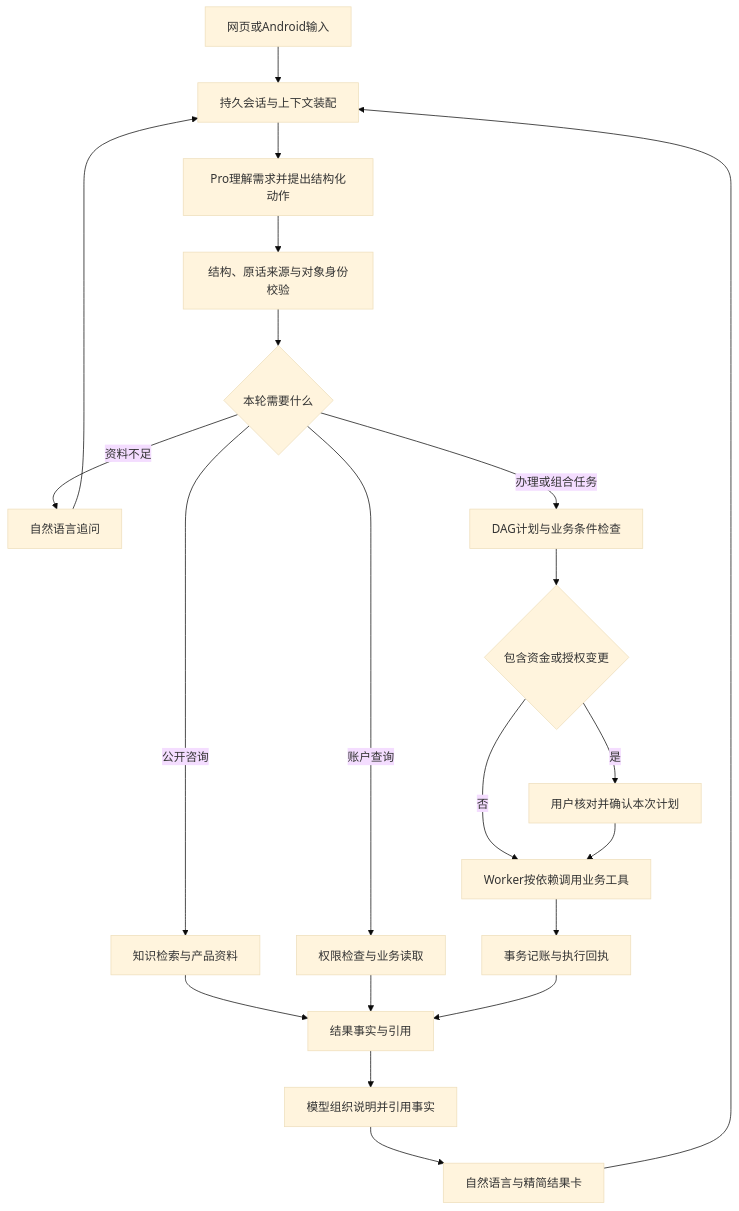
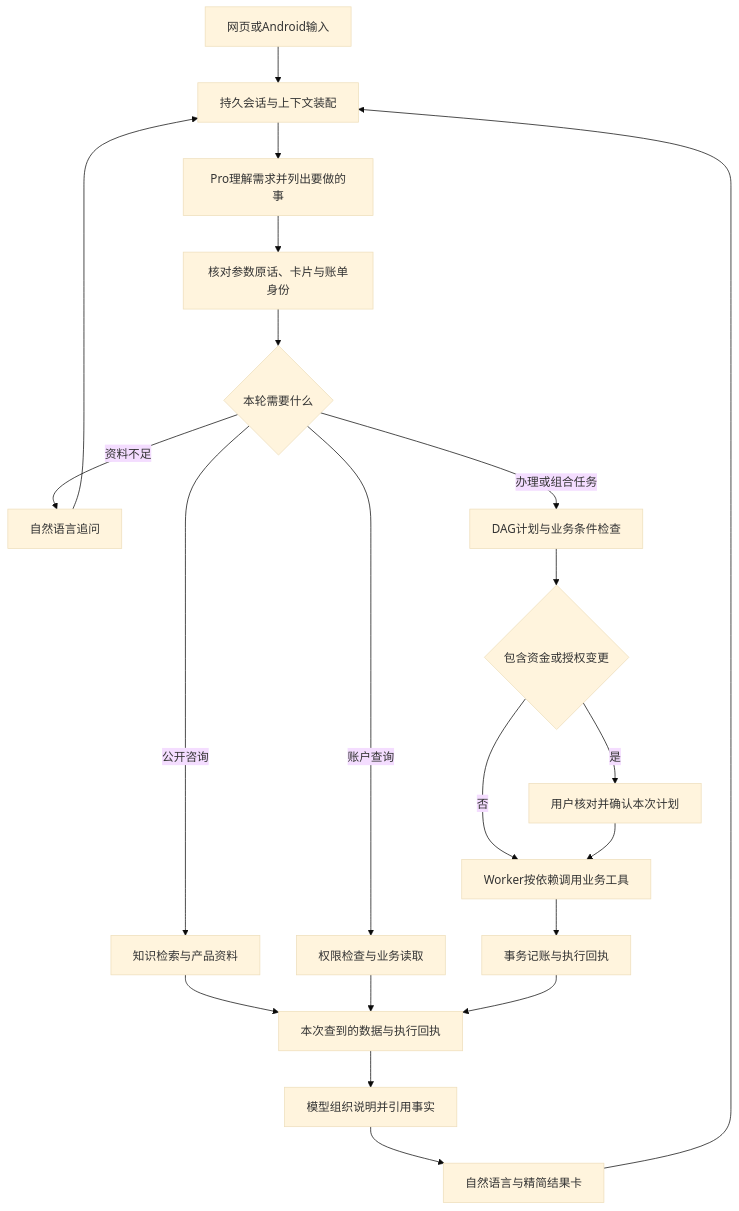
One commit to cnqiujunhu-dev/zhenhang-agent changed the first of 2 diagrams in README.md. Above: the diagram before and after it, drawn with Mermaid (base theme). The commit also changed other lines of this file and 1 other file, not shown here.

````diff
--- a/README.md
+++ b/README.md
@@ -98,23 +98,23 @@
 ```mermaid
 flowchart TD
     U[网页或Android输入] --> C[持久会话与上下文装配]
-    C --> M[Pro理解需求并提出结构化动作]
-    M --> V[结构、原话来源与对象身份校验]
+    C --> M[Pro理解需求并列出要做的事]
+    M --> V[核对参数原话、卡片与账单身份]
     V --> Q{本轮需要什么}
     Q -->|资料不足| CL[自然语言追问]
     CL --> C
     Q -->|公开咨询| K[知识检索与产品资料]
     Q -->|账户查询| R[权限检查与业务读取]
     Q -->|办理或组合任务| D[DAG计划与业务条件检查]
     D --> T{包含资金或授权变更}
     T -->|是| A[用户核对并确认本次计划]
     T -->|否| W
     A --> W[Worker按依赖调用业务工具]
     W --> L[事务记账与执行回执]
-    K --> F[结果事实与引用]
+    K --> F[本次查到的数据与执行回执]
     R --> F
     L --> F
     F --> N[模型组织说明并引用事实]
     N --> P[自然语言与精简结果卡]
     P --> C
 ```
````
